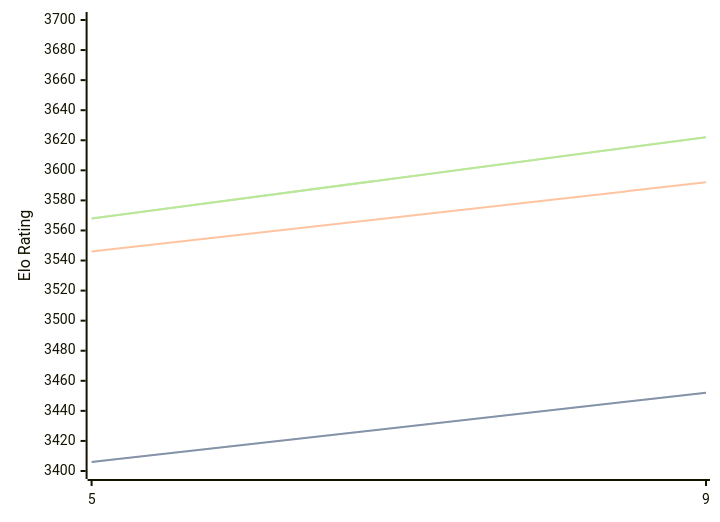
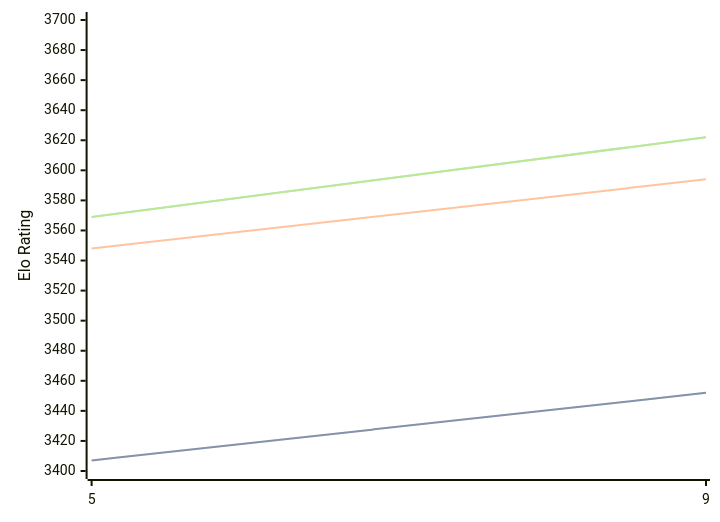
The diagram in engines/Crystal.md (computer-chess-index/cci), drawn with Mermaid before and after one commit. The commit also changed other lines of this file, not shown here.

Commit message:
Update CCI Ratings (ELO VLTC) - 2026-04-13

````diff
--- a/engines/Crystal.md
+++ b/engines/Crystal.md
@@ -60,11 +60,11 @@
 ```mermaid
 %%{init: {"theme":"base","themeVariables":{"seriesColors:['#a3a3a3','#222221','#faa371']}}}%%
 xychart-beta
   x-axis ["5", "9"]
   y-axis "Elo Rating" 3400 --> 3700
-  line "STC (8.0+0.08s)" [3406, 3452]
-  line "STC (8.0+0.08s)" [3406, 3452]
-  line "LTC (60.0+0.60s)" [3546, 3592]
-  line "VLTC (2m24s+1.12s)" [3568, 3622]
-  line "VLTC (2m24s+1.12s)" [3568, 3622]
+  line "STC (8.0+0.08s)" [3407, 3452]
+  line "STC (8.0+0.08s)" [3407, 3452]
+  line "LTC (60.0+0.60s)" [3548, 3594]
+  line "VLTC (2m24s+1.12s)" [3569, 3622]
+  line "VLTC (2m24s+1.12s)" [3569, 3622]
 ```
````
